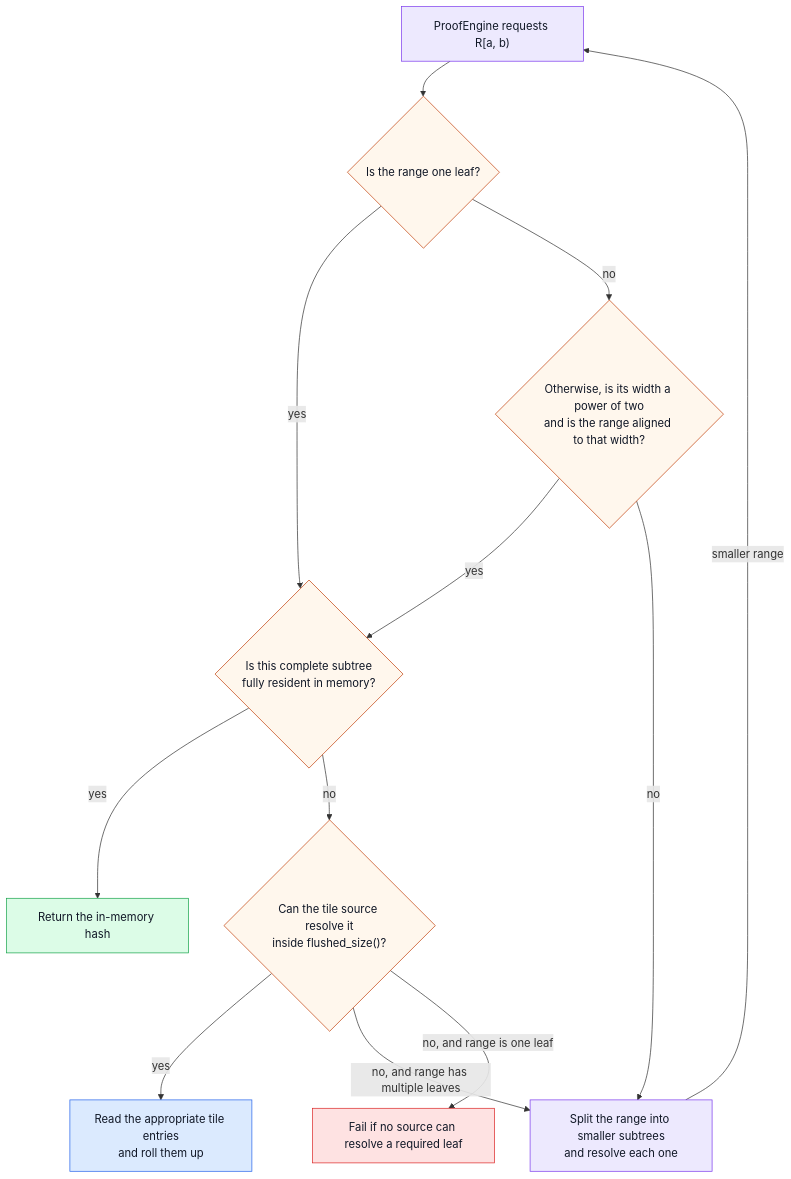
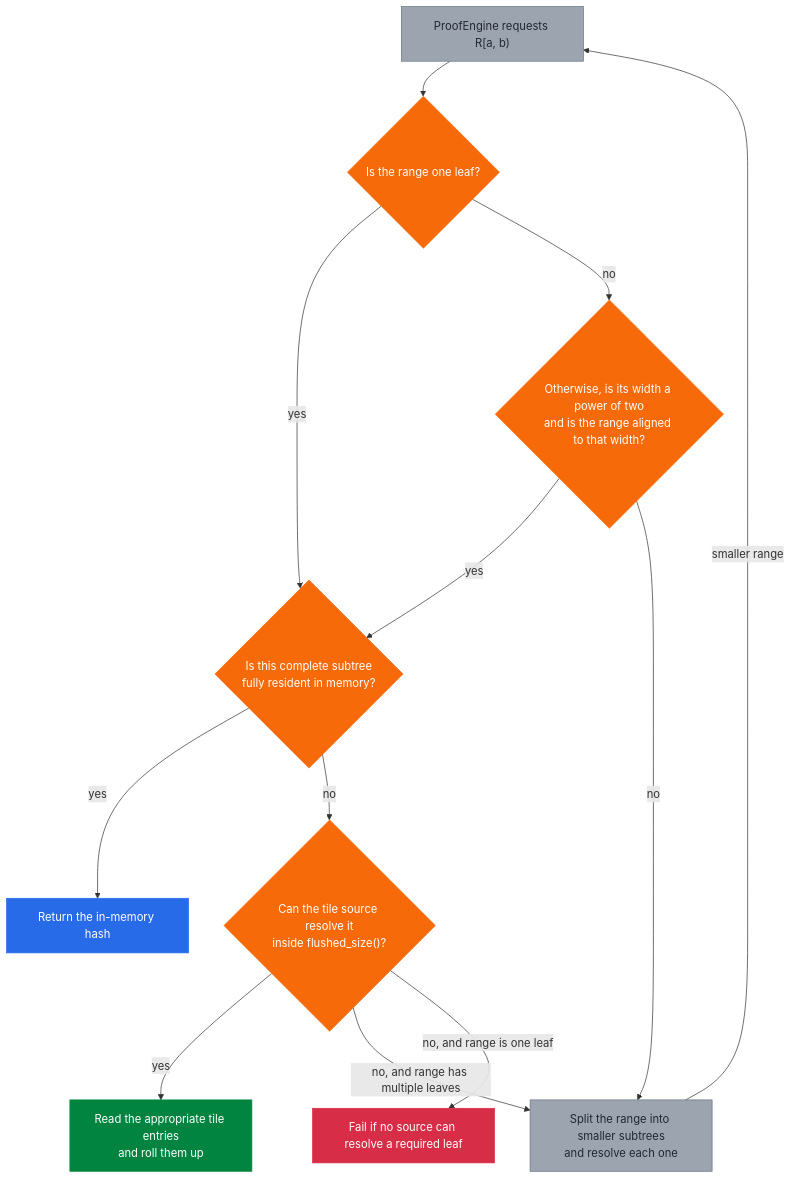
Before and after one commit to microsoft/merklecpp: diagram 13 of 20 in doc/tiles-illustrated.rst, drawn with Mermaid. The commit also changed other lines of this file, not shown here.

```diff
--- a/doc/tiles-illustrated.rst
+++ b/doc/tiles-illustrated.rst
@@ -453,30 +451,30 @@
 .. mermaid::
 
    flowchart TB
      Q["ProofEngine requests R[a, b)"]:::computed
      L{"Is the range one leaf?"}:::decision
      A{"Otherwise, is its width a power of two<br/>and is the range aligned to that width?"}:::decision
      P{"Is this complete subtree<br/>fully resident in memory?"}:::decision
      M["Return the in-memory hash"]:::memory
      T{"Can the tile source resolve it<br/>inside flushed_size()?"}:::decision
      D["Read the appropriate tile entries<br/>and roll them up"]:::tile
      S["Split the range into smaller subtrees<br/>and resolve each one"]:::computed
      E["Fail if no source can resolve a required leaf"]:::error
 
      Q --> L
      L -->|yes| P
      L -->|no| A
      A -->|yes| P
      A -->|no| S
      P -->|yes| M
      P -->|no| T
      T -->|yes| D
      T -->|no, and range has multiple leaves| S
      T -->|no, and range is one leaf| E
      S -->|smaller range| Q
 
-     classDef tile fill:#dbeafe,stroke:#2563eb,color:#111827
-     classDef memory fill:#dcfce7,stroke:#16a34a,color:#111827
-     classDef computed fill:#ede9fe,stroke:#7c3aed,color:#111827
-     classDef decision fill:#fff7ed,stroke:#c2410c,color:#111827
-     classDef error fill:#fee2e2,stroke:#dc2626,color:#111827
+     classDef tile fill:#00843f,stroke:#00843f,color:#ffffff
+     classDef memory fill:#276be9,stroke:#276be9,color:#ffffff
+     classDef computed fill:#9ca4af,stroke:#677384,color:#222832
+     classDef decision fill:#f66a0a,stroke:#f66a0a,color:#ffffff
+     classDef error fill:#d72d47,stroke:#d72d47,color:#ffffff
```
